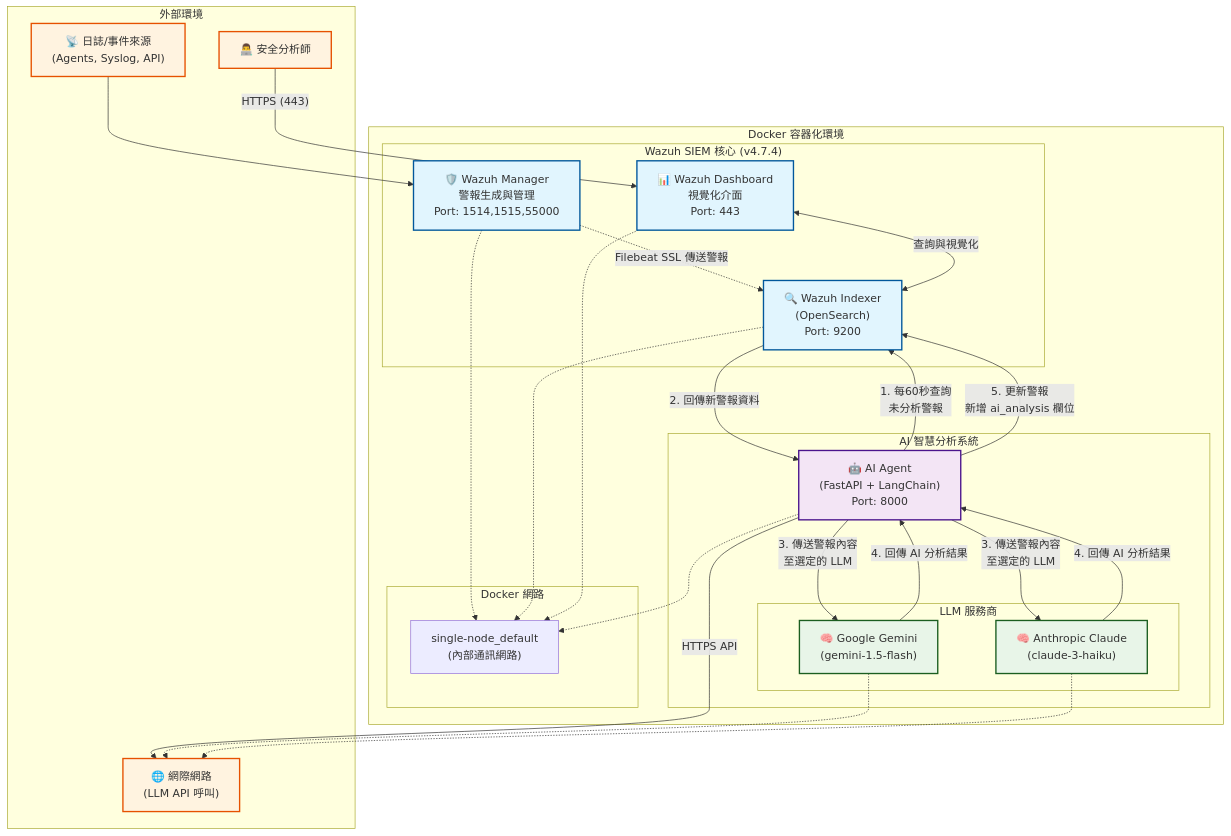
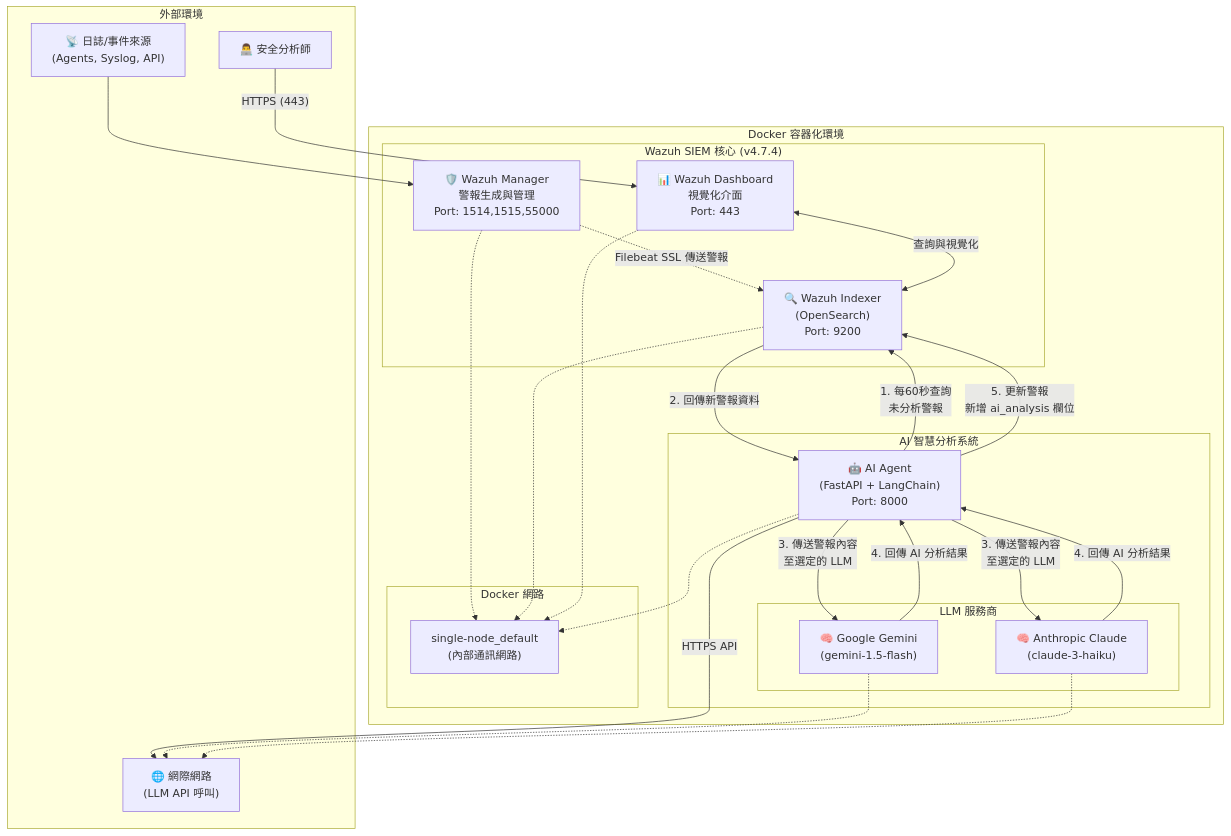
The diagram in README.md (trionnemesis/wazuh_ai_agent), drawn with Mermaid before and after one commit. The commit also changed other lines of this file and 5 other files, not shown here.

````diff
--- a/README.md
+++ b/README.md
@@ -12,66 +15,55 @@
 ```mermaid
 flowchart TD
     subgraph Docker["Docker 容器化環境"]
         subgraph WazuhCore["Wazuh SIEM 核心 (v4.7.4)"]
             WM["🛡️ Wazuh Manager<br/>警報生成與管理<br/>Port: 1514,1515,55000"]
             WI["🔍 Wazuh Indexer<br/>(OpenSearch)<br/>Port: 9200"]
             WD["📊 Wazuh Dashboard<br/>視覺化介面<br/>Port: 443"]
         end
         
         subgraph AISystem["AI 智慧分析系統"]
             AA["🤖 AI Agent<br/>(FastAPI + LangChain)<br/>Port: 8000"]
             
             subgraph LLMProviders["LLM 服務商"]
                 GM["🧠 Google Gemini<br/>(gemini-1.5-flash)"]
                 CL["🧠 Anthropic Claude<br/>(claude-3-haiku)"]
             end
         end
         
         subgraph Networks["Docker 網路"]
             DN["single-node_default<br/>(內部通訊網路)"]
         end
     end
     
     subgraph External["外部環境"]
         DataSources["📡 日誌/事件來源<br/>(Agents, Syslog, API)"]
         Analyst["👨‍💻 安全分析師"]
         Internet["🌐 網際網路<br/>(LLM API 呼叫)"]
     end
     
     %% 資料流向
     DataSources --> WM
     WM -.->|"Filebeat SSL 傳送警報"| WI
     WD <-->|"查詢與視覺化"| WI
     
     %% AI Agent 工作流程
     AA -->|"1. 每60秒查詢<br/>未分析警報"| WI
     WI -->|"2. 回傳新警報資料"| AA
     AA -->|"3. 傳送警報內容<br/>至選定的 LLM"| GM
     AA -->|"3. 傳送警報內容<br/>至選定的 LLM"| CL
     GM -->|"4. 回傳 AI 分析結果"| AA
     CL -->|"4. 回傳 AI 分析結果"| AA
     AA -->|"5. 更新警報<br/>新增 ai_analysis 欄位"| WI
     
     %% 網路連線
     WM -.-> DN
     WI -.-> DN
     WD -.-> DN
     AA -.-> DN
     
     %% 外部存取
     Analyst -->|"HTTPS (443)"| WD
     AA -->|"HTTPS API"| Internet
     GM -.-> Internet
     CL -.-> Internet
-    
-    %% 樣式定義
-    classDef wazuhStyle fill:#e1f5fe,stroke:#01579b,stroke-width:2px
-    classDef aiStyle fill:#f3e5f5,stroke:#4a148c,stroke-width:2px
-    classDef llmStyle fill:#e8f5e8,stroke:#1b5e20,stroke-width:2px
-    classDef externalStyle fill:#fff3e0,stroke:#e65100,stroke-width:2px
-    
-    class WM,WI,WD wazuhStyle
-    class AA aiStyle
-    class GM,CL llmStyle
-    class DataSources,Analyst,Internet externalStyle
 ```
````
